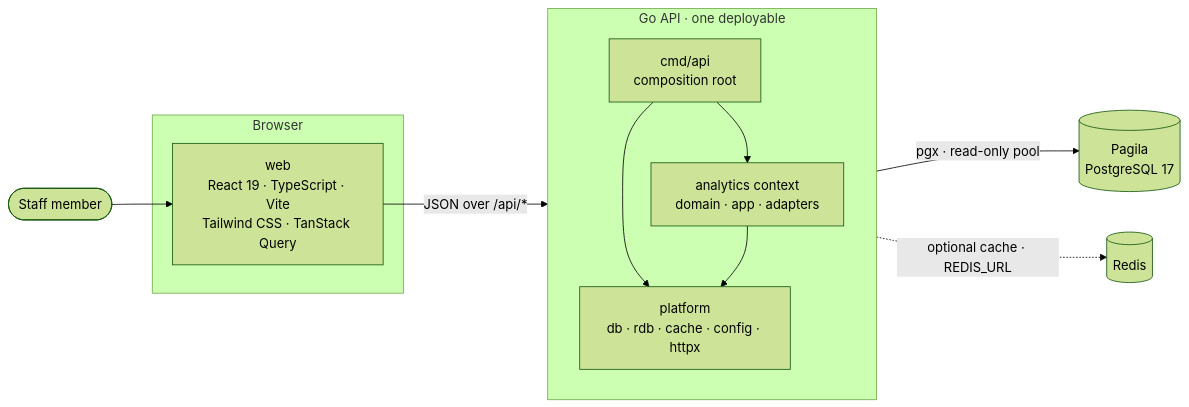
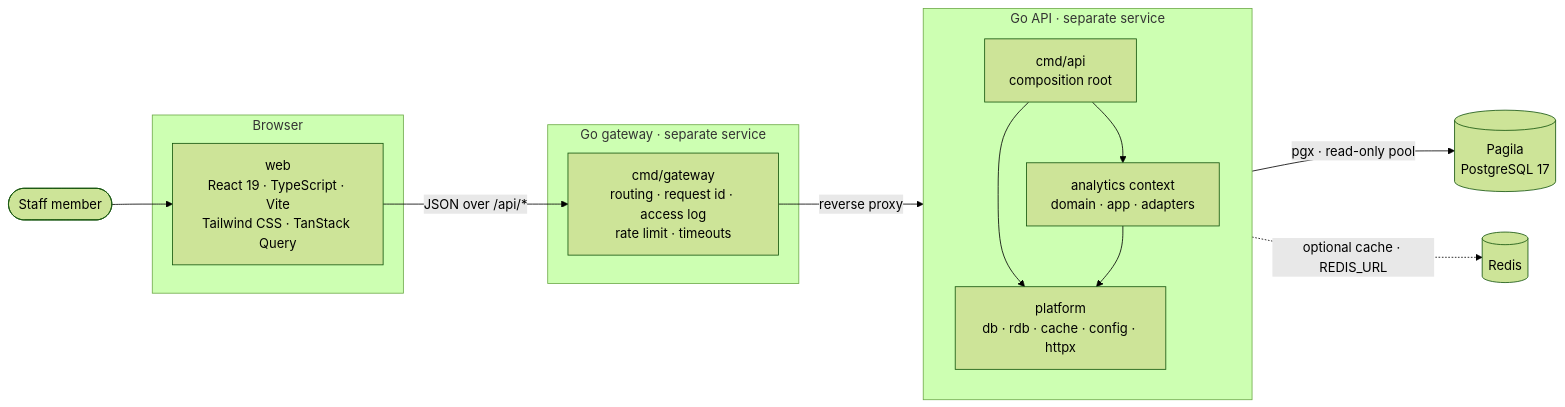
Before and after one commit to SangNguyen2810/store-operation: the second of 7 diagrams in README.md, drawn with Mermaid (forest theme). The commit also changed other lines of this file and 4 other files, not shown here.

````diff
--- a/README.md
+++ b/README.md
@@ -497,19 +527,23 @@
 ```mermaid
 flowchart LR
     user([Staff member]) --> web
     subgraph browser [Browser]
         web["web<br/>React 19 · TypeScript · Vite<br/>Tailwind CSS · TanStack Query"]
     end
-    subgraph server [Go API · one deployable]
+    subgraph edge [Go gateway · separate service]
+        gateway["cmd/gateway<br/>routing · request id · access log<br/>rate limit · timeouts"]
+    end
+    subgraph server [Go API · separate service]
         direction TB
         api["cmd/api<br/>composition root"]
         analytics["analytics context<br/>domain · app · adapters"]
         platform["platform<br/>db · rdb · cache · config · httpx"]
         api --> analytics
         api --> platform
         analytics --> platform
     end
-    web -- "JSON over /api/*" --> api
+    web -- "JSON over /api/*" --> gateway
+    gateway -- "reverse proxy" --> api
     analytics -- "pgx · read-only pool" --> pg[("Pagila<br/>PostgreSQL 17")]
     analytics -. "optional cache · REDIS_URL" .-> redis[("Redis")]
 ```
````
